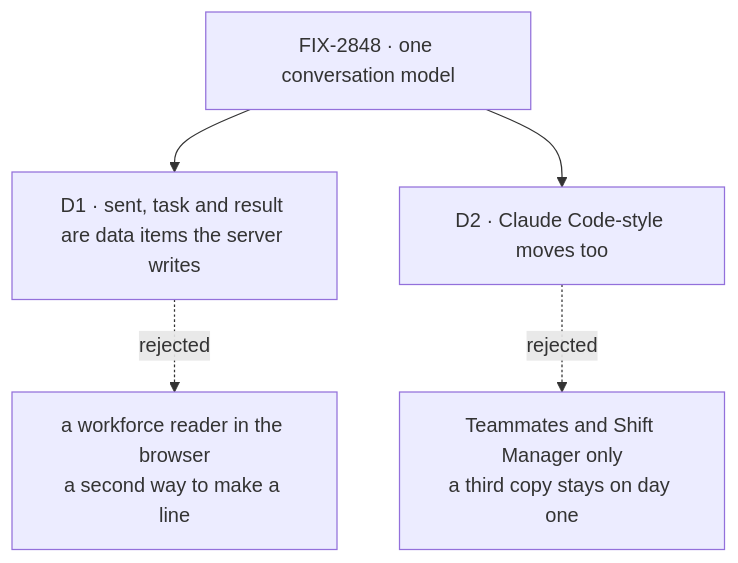
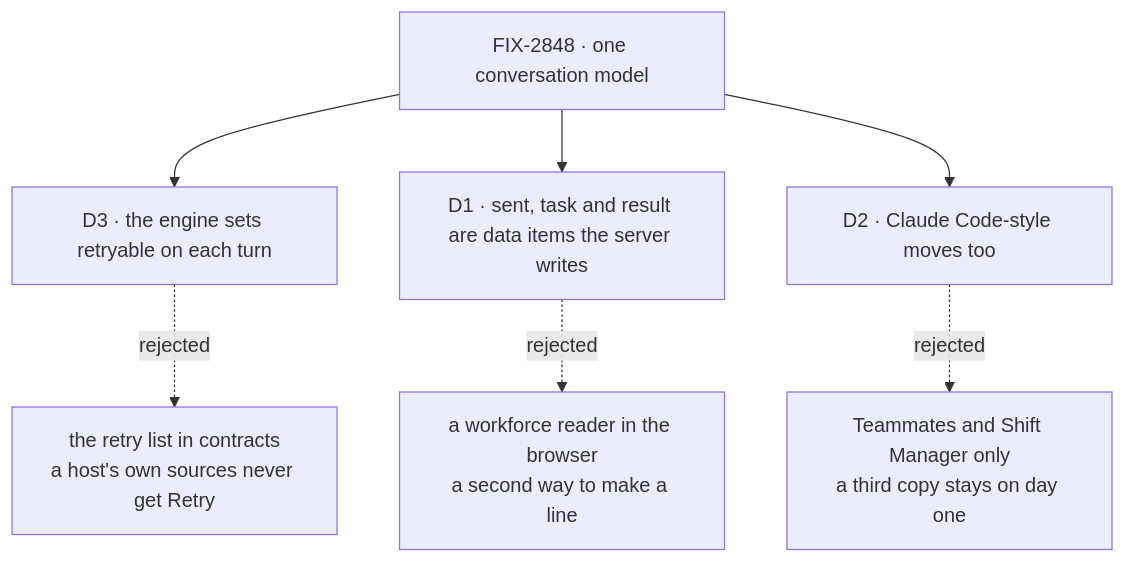
The diagram in specs/issues/FIX-2848/DECISIONS.md (fixpoint-labs/flow-state-dev), drawn with Mermaid before and after one commit. The commit also changed other lines of this file and 3 other files, not shown here.

First line of the commit message:
spec(FIX-2848): review round 1 — engine sets retryable per turn, D1 tie settled

````diff
--- a/specs/issues/FIX-2848/DECISIONS.md
+++ b/specs/issues/FIX-2848/DECISIONS.md
@@ -10,7 +10,9 @@
 ```mermaid
 flowchart TD
-  I["FIX-2848 · one conversation model"] --> D1["D1 · sent, task and result are data items the server writes"]
+  I["FIX-2848 · one conversation model"] --> D3["D3 · the engine sets retryable on each turn"]
+  D3 -.->|"rejected"| X3["the retry list in contracts<br/>a host's own sources never get Retry"]
+  I --> D1["D1 · sent, task and result are data items the server writes"]
   D1 -.->|"rejected"| X1["a workforce reader in the browser<br/>a second way to make a line"]
   I --> D2["D2 · Claude Code-style moves too"]
   D2 -.->|"rejected"| X2["Teammates and Shift Manager only<br/>a third copy stays on day one"]
 ```
````
